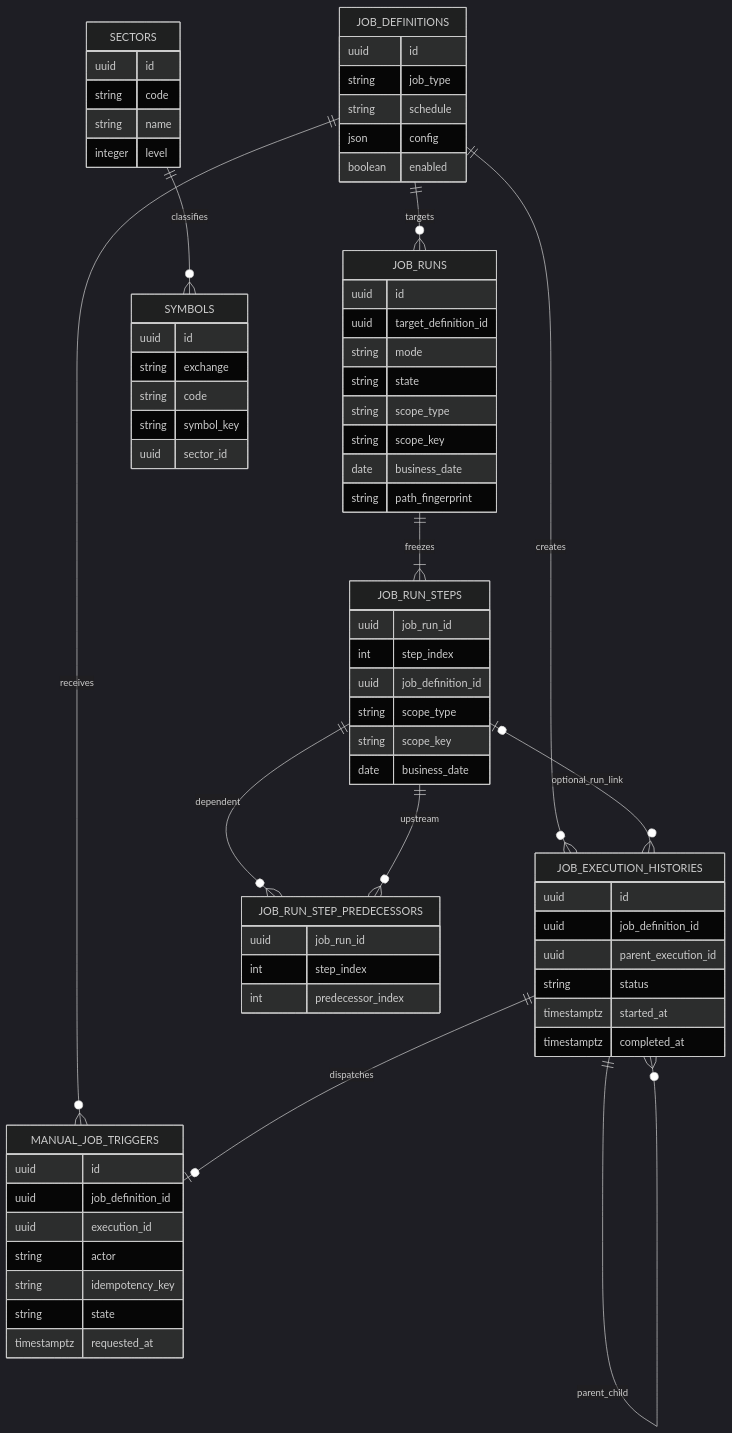
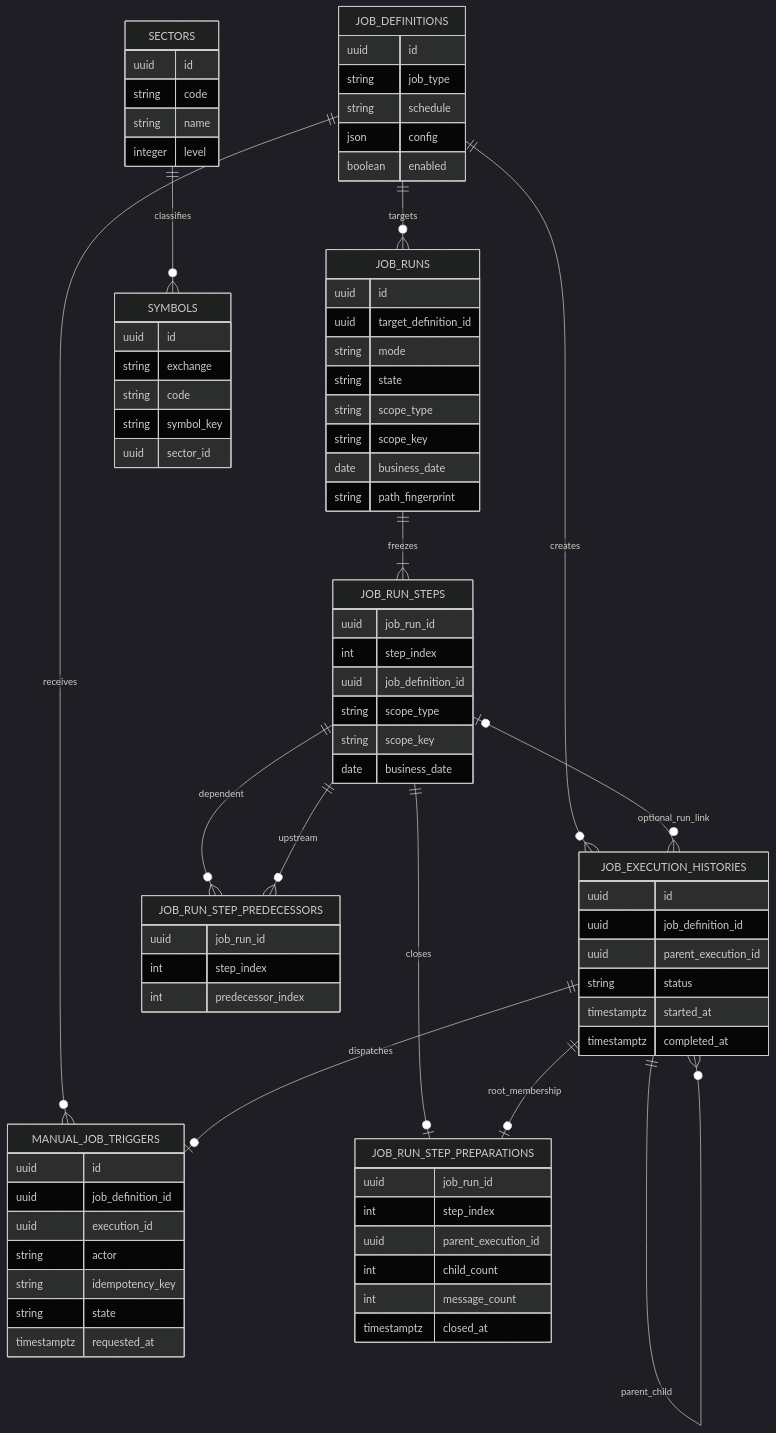
One commit to tanlocit9/omni changed the diagram in docs/data/003-database.md. Above: the diagram before and after it, drawn with Mermaid (dark theme). The commit also changed other lines of this file and 39 other files, not shown here.

Commit message:
feat(platform): prepare bounded JobRun paths (P14-I3c)

```diff
--- a/docs/data/003-database.md
+++ b/docs/data/003-database.md
@@ -15,6 +15,8 @@
   JOB_RUN_STEPS ||--o{ JOB_RUN_STEP_PREDECESSORS : dependent
   JOB_RUN_STEPS ||--o{ JOB_RUN_STEP_PREDECESSORS : upstream
   JOB_RUN_STEPS |o--o{ JOB_EXECUTION_HISTORIES : optional_run_link
+  JOB_RUN_STEPS ||--o| JOB_RUN_STEP_PREPARATIONS : closes
+  JOB_EXECUTION_HISTORIES ||--o| JOB_RUN_STEP_PREPARATIONS : root_membership
   JOB_EXECUTION_HISTORIES ||--o| MANUAL_JOB_TRIGGERS : dispatches
   JOB_EXECUTION_HISTORIES ||--o{ JOB_EXECUTION_HISTORIES : parent_child
   SECTORS ||--o{ SYMBOLS : classifies
@@ -72,6 +74,15 @@
     int predecessor_index
   }
 
+  JOB_RUN_STEP_PREPARATIONS {
+    uuid job_run_id
+    int step_index
+    uuid parent_execution_id
+    int child_count
+    int message_count
+    timestamptz closed_at
+  }
+
   SYMBOLS {
     uuid id
     string exchange
```
